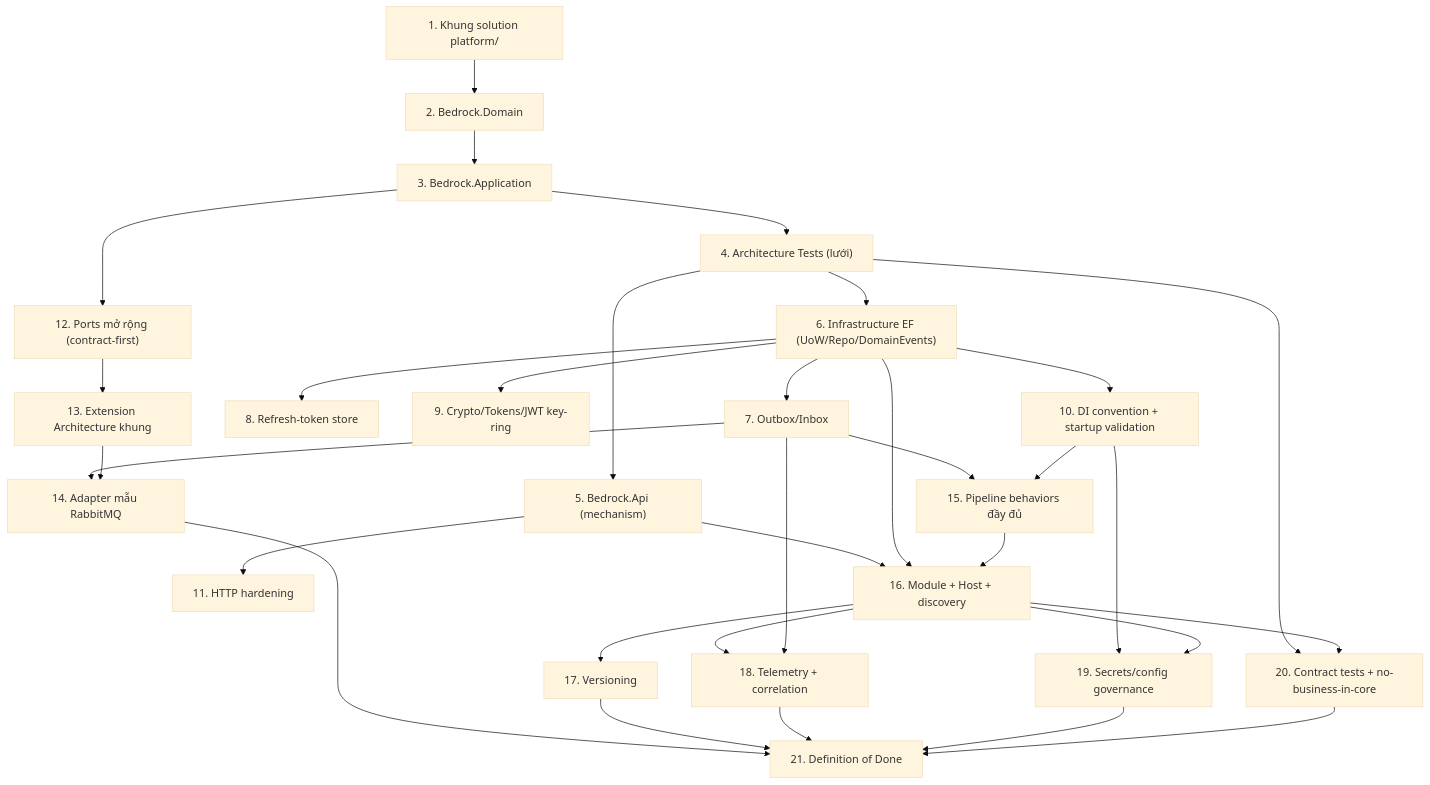
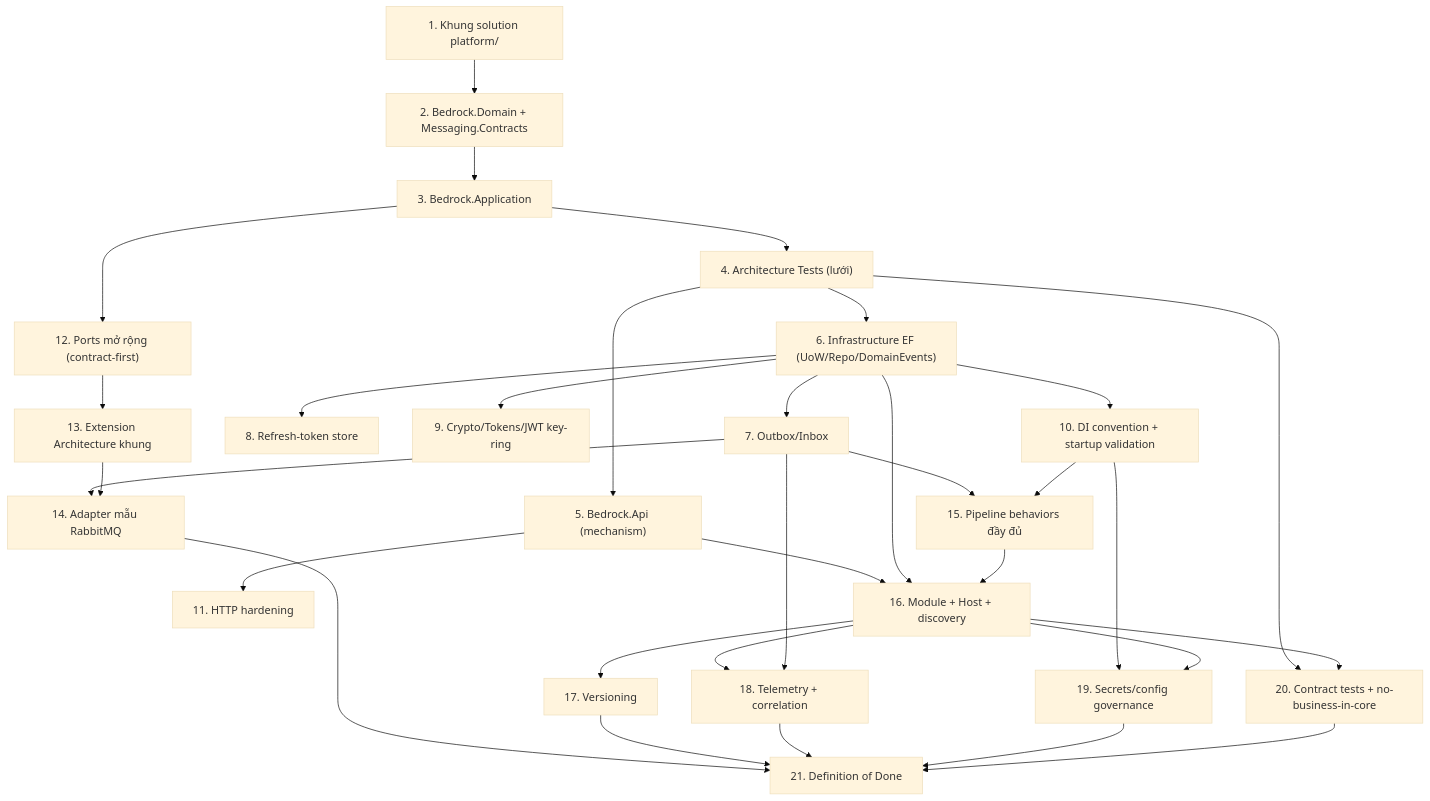
The diagram in .kiro/specs/platform-base/tasks.md (mgcoder9x/StarHillGuestApp), drawn with Mermaid (base theme) before and after one commit. The commit also changed other lines of this file and 7 other files, not shown here.

````diff
--- a/.kiro/specs/platform-base/tasks.md
+++ b/.kiro/specs/platform-base/tasks.md
@@ -265,56 +267,56 @@
 ```mermaid
 graph TD
     T1["1. Khung solution platform/"]
-    T2["2. Bedrock.Domain"]
+    T2["2. Bedrock.Domain + Messaging.Contracts"]
     T3["3. Bedrock.Application"]
     T4["4. Architecture Tests (lưới)"]
     T5["5. Bedrock.Api (mechanism)"]
     T6["6. Infrastructure EF (UoW/Repo/DomainEvents)"]
     T7["7. Outbox/Inbox"]
     T8["8. Refresh-token store"]
     T9["9. Crypto/Tokens/JWT key-ring"]
     T10["10. DI convention + startup validation"]
     T11["11. HTTP hardening"]
     T12["12. Ports mở rộng (contract-first)"]
     T13["13. Extension Architecture khung"]
     T14["14. Adapter mẫu RabbitMQ"]
     T15["15. Pipeline behaviors đầy đủ"]
     T16["16. Module + Host + discovery"]
     T17["17. Versioning"]
     T18["18. Telemetry + correlation"]
     T19["19. Secrets/config governance"]
     T20["20. Contract tests + no-business-in-core"]
     T21["21. Definition of Done"]
 
     T1 --> T2
     T2 --> T3
     T3 --> T4
     T4 --> T5
     T3 --> T12
     T12 --> T13
     T4 --> T6
     T6 --> T7
     T6 --> T8
     T6 --> T9
     T6 --> T10
     T5 --> T11
     T7 --> T14
     T13 --> T14
     T7 --> T15
     T10 --> T15
     T5 --> T16
     T6 --> T16
     T15 --> T16
     T16 --> T17
     T16 --> T18
     T7 --> T18
     T10 --> T19
     T16 --> T19
     T4 --> T20
     T16 --> T20
     T14 --> T21
     T17 --> T21
     T18 --> T21
     T19 --> T21
     T20 --> T21
 ```
````
